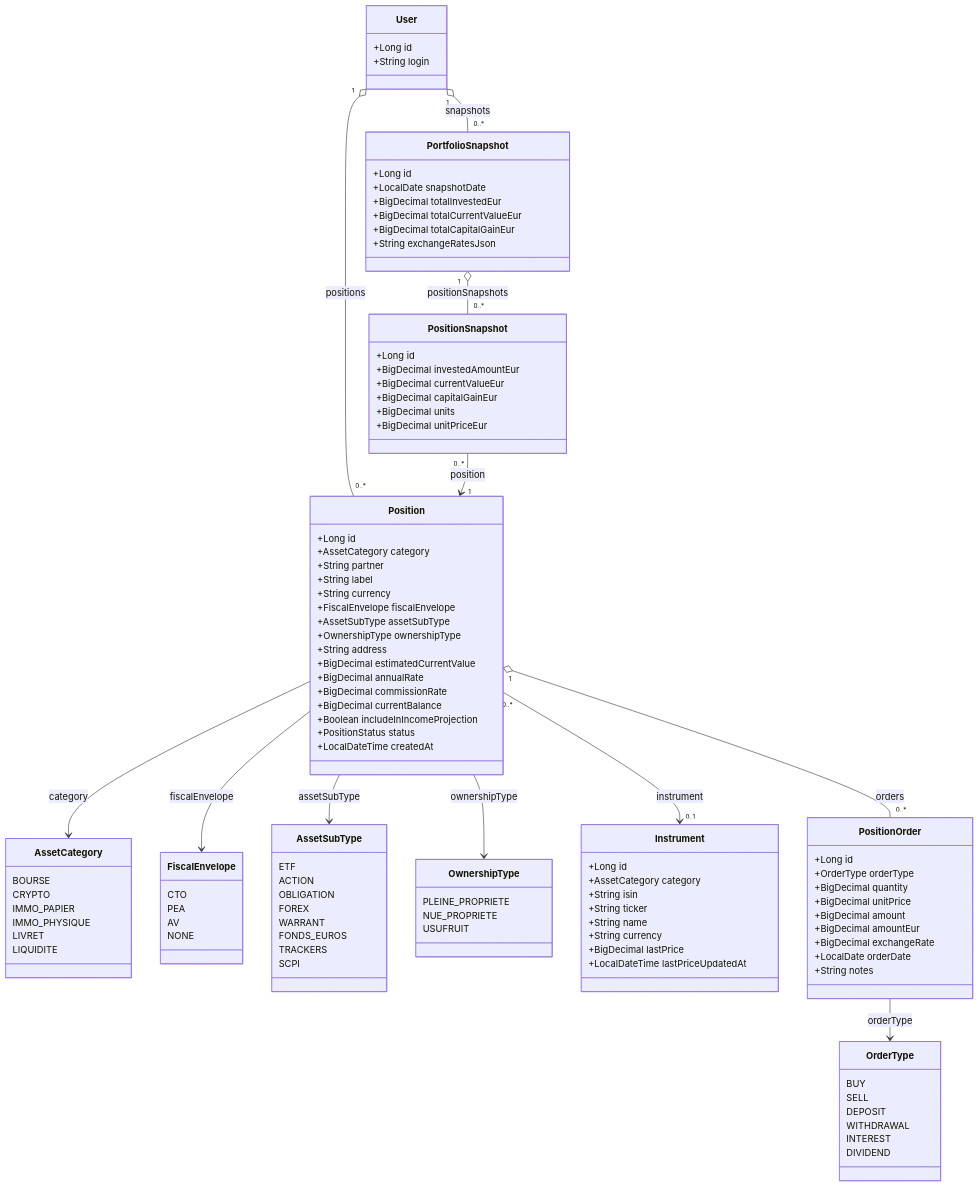
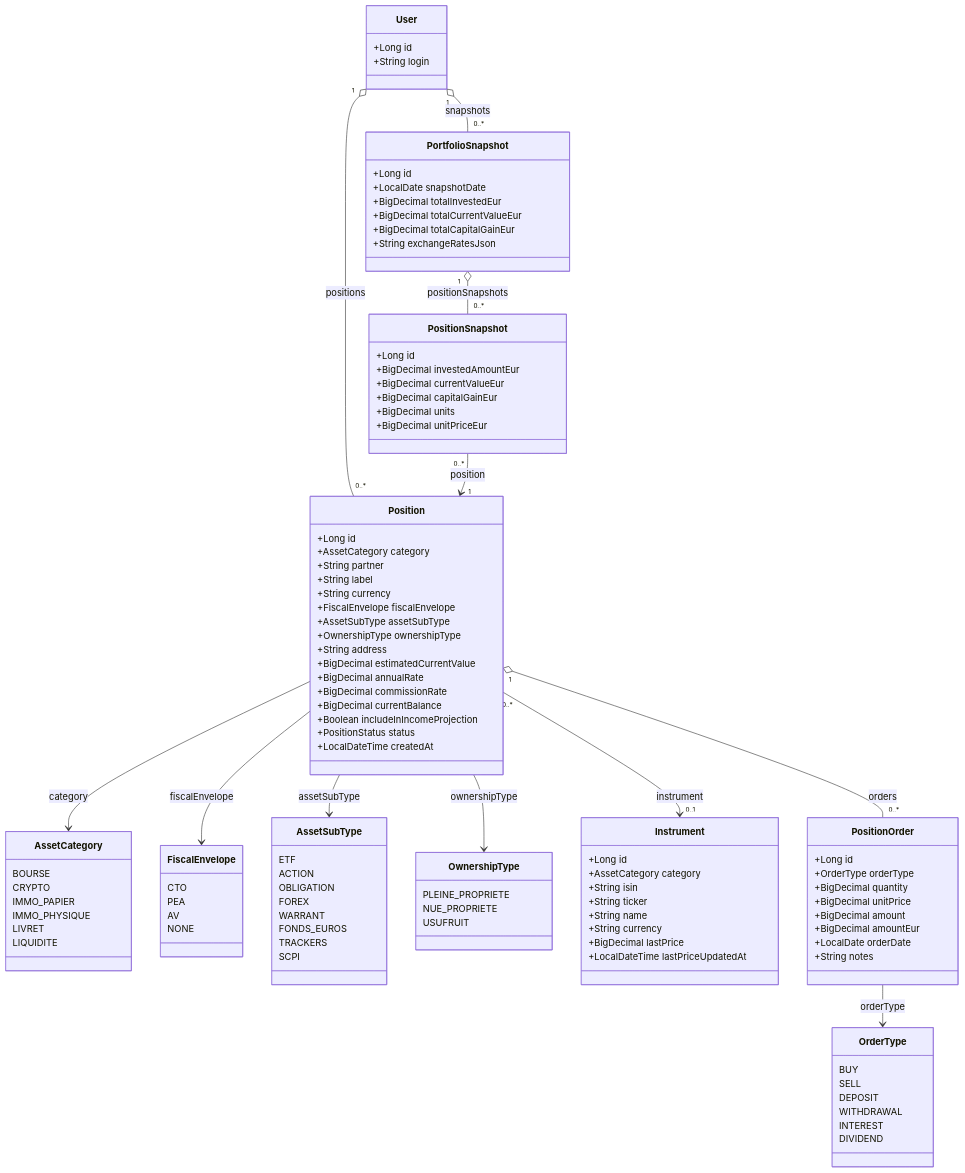
One commit to Neogost/MyFinance changed the diagram in docs/architecture/patrimoine.md. Above: the diagram before and after it, drawn with Mermaid. The commit also changed other lines of this file and 28 other files, not shown here.

```diff
--- a/docs/architecture/patrimoine.md
+++ b/docs/architecture/patrimoine.md
@@ -395,7 +409,6 @@
         +BigDecimal unitPrice
         +BigDecimal amount
         +BigDecimal amountEur
-        +BigDecimal exchangeRate
         +LocalDate orderDate
         +String notes
     }
```
